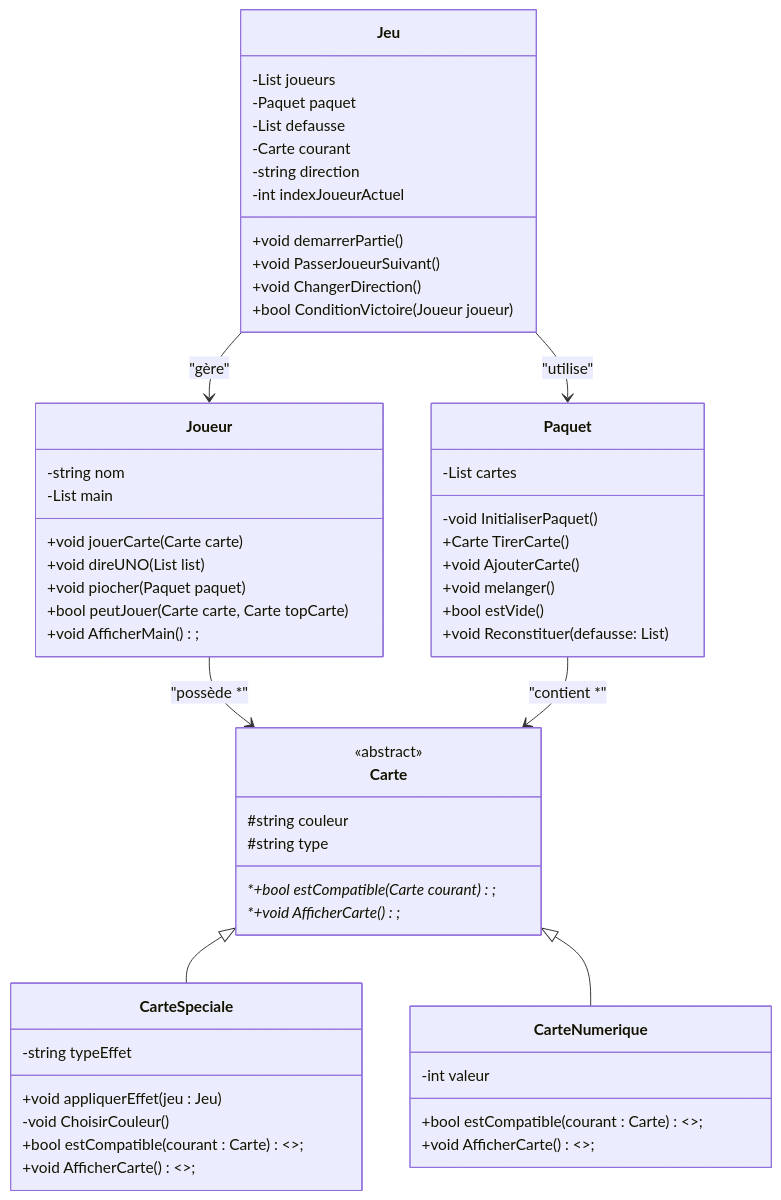
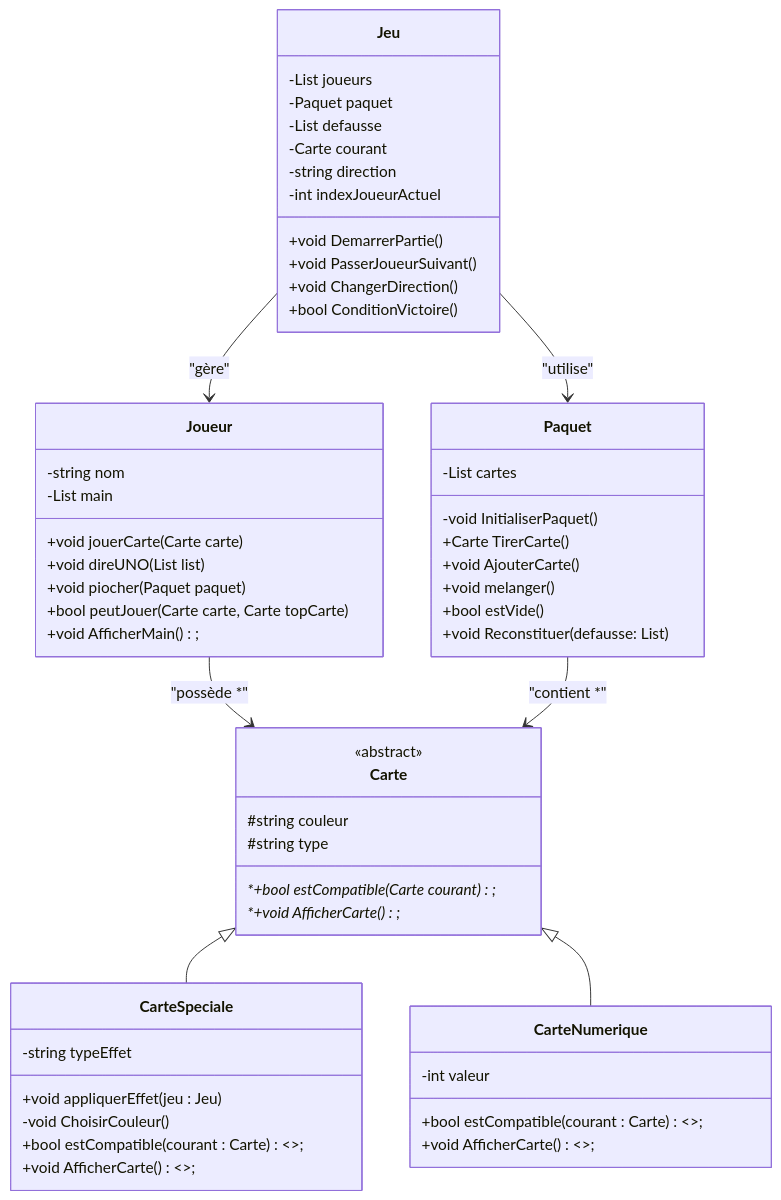
Before and after one commit to Lil-Code30/uno-game: the diagram in README.md, drawn with Mermaid. The commit also changed 1 other file, not shown here.

Commit message:
Refactor and expand UNO game logic in Jeu.cs
Renamed methods in README and Jeu.cs to follow PascalCase conventions. Added IndexJoueurActuel property and implemented its logic in PasserJoueurSuivant. Expanded DemarrerPartie to handle player creation, deck shuffling, card distribution, and starting the discard pile. Refactored ConditionVictoire to return the winning player. Improved ChangerDirection to update direction and notify change.

````diff
--- a/README.md
+++ b/README.md
@@ -26,70 +26,70 @@
 ```mermaid
 classDiagram
     class Jeu {
         -List<Joueur> joueurs
         -Paquet paquet
         -List<Carte> defausse
         -Carte courant
         -string direction
         -int indexJoueurActuel
 
-        +void demarrerPartie() 
+        +void DemarrerPartie() 
         +void PasserJoueurSuivant()
         +void ChangerDirection()
-        +bool ConditionVictoire(Joueur joueur )
+        +bool ConditionVictoire()
     }
 
     class Joueur {
         -string nom 
         -List<Carte> main 
 
         +void jouerCarte(Carte carte) 
         +void direUNO(List<Carte> list)
         +void piocher(Paquet paquet) 
         +bool peutJouer(Carte carte, Carte topCarte) 
         +void AfficherMain();
     }
 
     class Paquet {
         -List<Carte> cartes
 
         -void InitialiserPaquet()
         +Carte TirerCarte()
         +void AjouterCarte()
         +void melanger()
         +bool estVide()
         +void Reconstituer(defausse: List<Carte>)
     }
 
     class Carte {
         <<abstract>>
         #string couleur 
         #string type 
 
         *+bool estCompatible(Carte courant )*;
         *+void AfficherCarte()*;
     }
 
     class CarteSpeciale {
         -string typeEffet
 
         +void appliquerEffet(jeu : Jeu)
         -void ChoisirCouleur()
         +bool estCompatible(courant : Carte) <<override>>;
         +void AfficherCarte() <<override>>;
     }
 
     class CarteNumerique {
         -int valeur
 
         +bool estCompatible(courant : Carte) <<override>>;
         +void AfficherCarte() <<override>>;
     }
 
     Jeu --> Joueur : "gère"
     Jeu --> Paquet : "utilise"
     Joueur --> Carte : "possède *"
     Paquet --> Carte : "contient *"
     Carte <|-- CarteSpeciale
     Carte <|-- CarteNumerique
 ```
````
